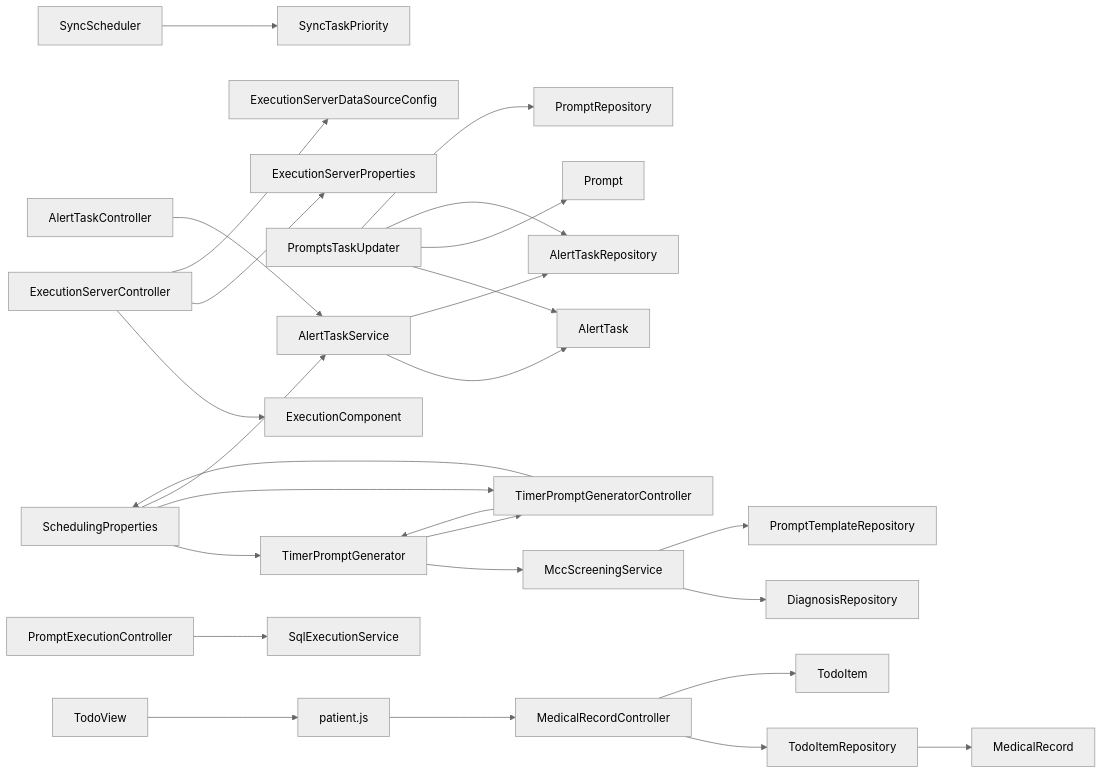
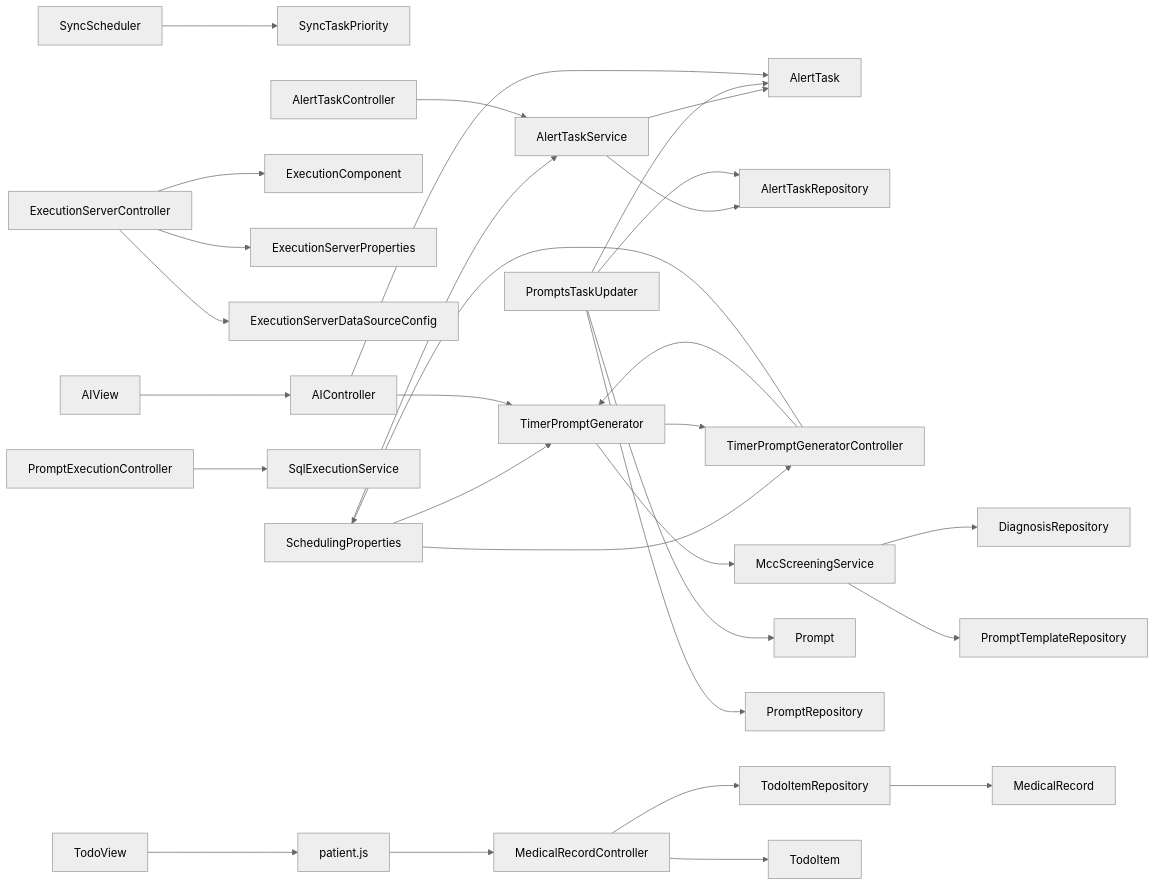
One commit to liuzh2008/med_ai_assistant_workspace changed diagram 14 of 14 in .qoder/repowiki/zh/content/核心功能模块/任务调度系统.md. Above: the diagram before and after it, drawn with Mermaid (neutral theme). The commit also changed other lines of this file and 3 other files, not shown here.

````diff
--- a/.qoder/repowiki/zh/content/核心功能模块/任务调度系统.md
+++ b/.qoder/repowiki/zh/content/核心功能模块/任务调度系统.md
@@ -742,29 +881,32 @@
 ```mermaid
 graph LR
 SS["SyncScheduler"] --> STP["SyncTaskPriority"]
 ATS["AlertTaskService"] --> AT["AlertTask"]
 ATS --> ATR["AlertTaskRepository"]
 SP["SchedulingProperties"] --> TPG["TimerPromptGenerator"]
 SP --> TPC["TimerPromptGeneratorController"]
 SP --> ATS
 TPG --> MSS["MccScreeningService"]
 TPG --> TPC
 TPC --> TPG
 TPC --> SP
 MSS --> DR["DiagnosisRepository"]
 MSS --> PTR["PromptTemplateRepository"]
 PTU["PromptsTaskUpdater"] --> AT["AlertTask"]
 PTU --> PT["Prompt"]
 PTU --> ATR["AlertTaskRepository"]
 PTU --> PR["PromptRepository"]
 ESC["ExecutionServerController"] --> EC["ExecutionComponent"]
 ESC --> ESP["ExecutionServerProperties"]
 ESC --> ESDC["ExecutionServerDataSourceConfig"]
 ATC["AlertTaskController"] --> ATS
 PEC["PromptExecutionController"] --> SQE["SqlExecutionService"]
 MRCT["MedicalRecordController"] --> TIR["TodoItemRepository"]
 MRCT --> TI["TodoItem"]
 TIR --> MR["MedicalRecord"]
 TV["TodoView"] --> PJ["patient.js"]
 PJ --> MRCT
+AV["AIView"] --> AIController
+AIController --> AT["AlertTask"]
+AIController --> TPG["TimerPromptGenerator"]
 ```
````
